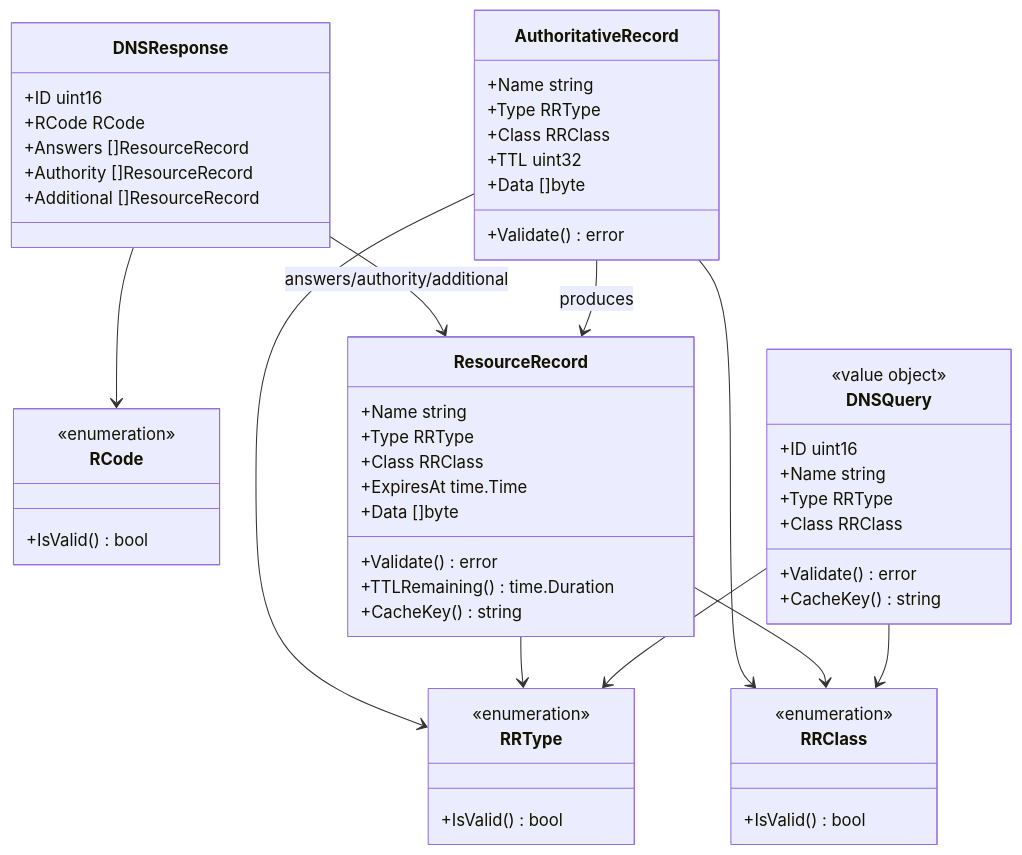
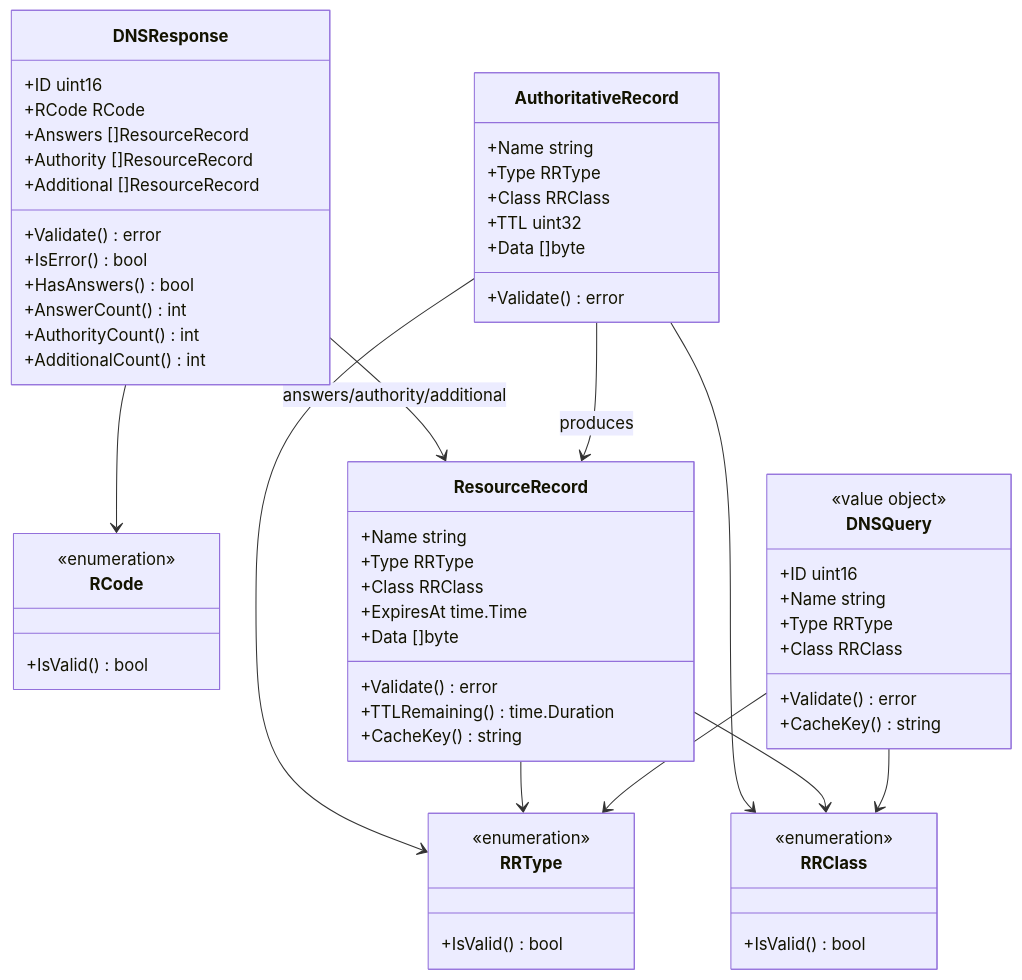
Before and after one commit to haukened/rr-dns: the first of 2 diagrams in internal/dns/domain/00_domain.md, drawn with Mermaid. The commit also changed other lines of this file and 3 other files, not shown here.

````diff
--- a/internal/dns/domain/00_domain.md
+++ b/internal/dns/domain/00_domain.md
@@ -300,66 +320,72 @@
 ```mermaid
 classDiagram
     class RRType {
       <<enumeration>>
       +IsValid() bool
     }
 
     class RRClass {
       <<enumeration>>
       +IsValid() bool
     }
 
     class RCode {
       <<enumeration>>
       +IsValid() bool
     }
 
     class DNSQuery {
         <<value object>>
         +ID uint16
         +Name string
         +Type RRType
         +Class RRClass
         +Validate() error
         +CacheKey() string
     }
 
     class AuthoritativeRecord {
         +Name string
         +Type RRType
         +Class RRClass
         +TTL uint32
         +Data []byte
         +Validate() error
     }
 
     class ResourceRecord {
         +Name string
         +Type RRType
         +Class RRClass
         +ExpiresAt time.Time
         +Data []byte
         +Validate() error
         +TTLRemaining() time.Duration
         +CacheKey() string
     }
 
     class DNSResponse {
         +ID uint16
         +RCode RCode
         +Answers []ResourceRecord
         +Authority []ResourceRecord
         +Additional []ResourceRecord
+        +Validate() error
+        +IsError() bool
+        +HasAnswers() bool
+        +AnswerCount() int
+        +AuthorityCount() int
+        +AdditionalCount() int
     }
 
     %% Associations
     DNSResponse --> RCode
     DNSResponse --> ResourceRecord : answers/authority/additional
     AuthoritativeRecord --> RRType
     AuthoritativeRecord --> RRClass
     AuthoritativeRecord --> ResourceRecord : produces
     ResourceRecord --> RRType
     ResourceRecord --> RRClass
     DNSQuery --> RRType
     DNSQuery --> RRClass
 ```
````
